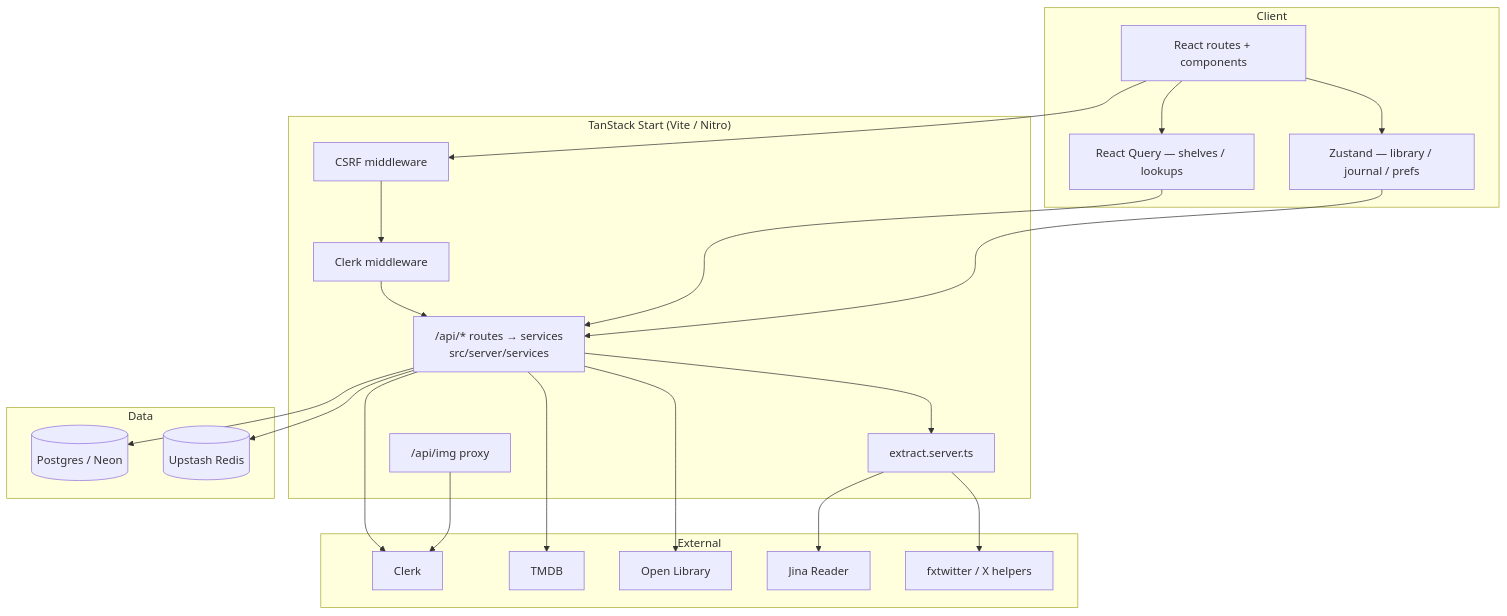
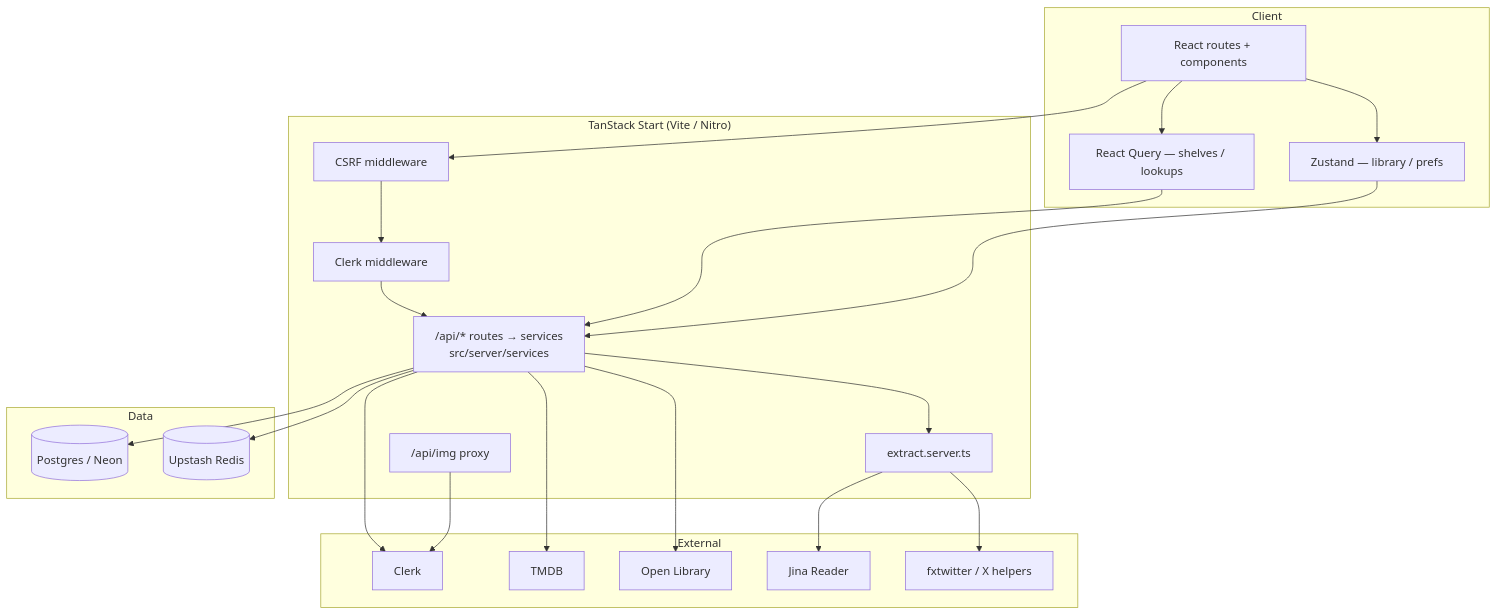
The first of 9 diagrams in docs/ARCHITECTURE.md (SahilFruitwala/kami), drawn with Mermaid before and after one commit. The commit also changed other lines of this file and 62 other files, not shown here.

````diff
--- a/docs/ARCHITECTURE.md
+++ b/docs/ARCHITECTURE.md
@@ -26,44 +26,44 @@
 ```mermaid
 flowchart TB
   subgraph Client
     UI[React routes + components]
-    Z[Zustand — library / journal / prefs]
+    Z[Zustand — library / prefs]
     RQ[React Query — shelves / lookups]
   end
 
   subgraph Start["TanStack Start (Vite / Nitro)"]
     CSRF[CSRF middleware]
     ClerkMW[Clerk middleware]
     SFNs["/api/* routes → services<br/>src/server/services"]
     Extract[extract.server.ts]
     Img["/api/img proxy"]
   end
 
   subgraph Data
     PG[(Postgres / Neon)]
     Redis[(Upstash Redis)]
   end
 
   subgraph External
     Clerk[Clerk]
     TMDB[TMDB]
     OL[Open Library]
     Jina[Jina Reader]
     FX[fxtwitter / X helpers]
   end
 
   UI --> Z
   UI --> RQ
   UI --> CSRF --> ClerkMW --> SFNs
   SFNs --> PG
   SFNs --> Redis
   SFNs --> Extract
   Extract --> Jina
   Extract --> FX
   RQ --> SFNs
   Z --> SFNs
   SFNs --> Clerk
   SFNs --> TMDB
   SFNs --> OL
   Img --> Clerk
 ```
````
